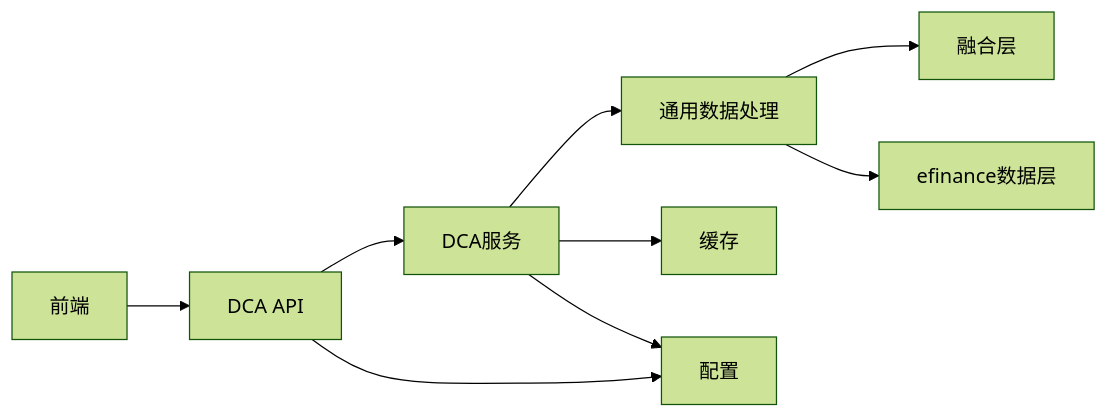
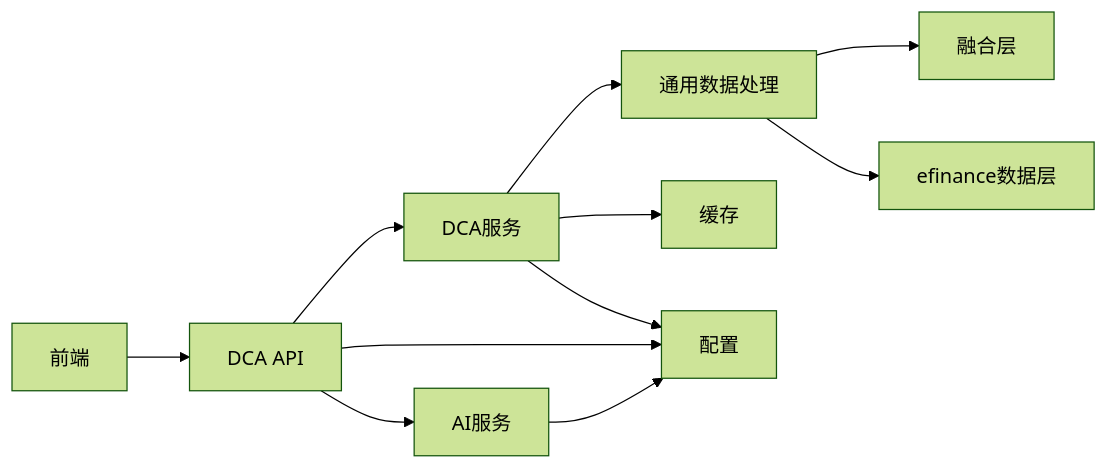
The eighth of 8 diagrams in .qoder/repowiki/zh/content/核心功能模块/定投回测系统.md (youkell85/FundTrader), drawn with Mermaid (forest theme) before and after one commit. The commit also changed other lines of this file and 11 other files, not shown here.

````diff
--- a/.qoder/repowiki/zh/content/核心功能模块/定投回测系统.md
+++ b/.qoder/repowiki/zh/content/核心功能模块/定投回测系统.md
@@ -311,11 +365,13 @@
 ```mermaid
 graph LR
 FE["前端"] --> API["DCA API"]
 API --> SVC["DCA服务"]
+API --> LLM["AI服务"]
 SVC --> COMM["通用数据处理"]
 COMM --> FUS["融合层"]
 COMM --> EF["efinance数据层"]
 SVC --> CACHE["缓存"]
 SVC --> CFG["配置"]
 API --> CFG
+LLM --> CFG
 ```
````
